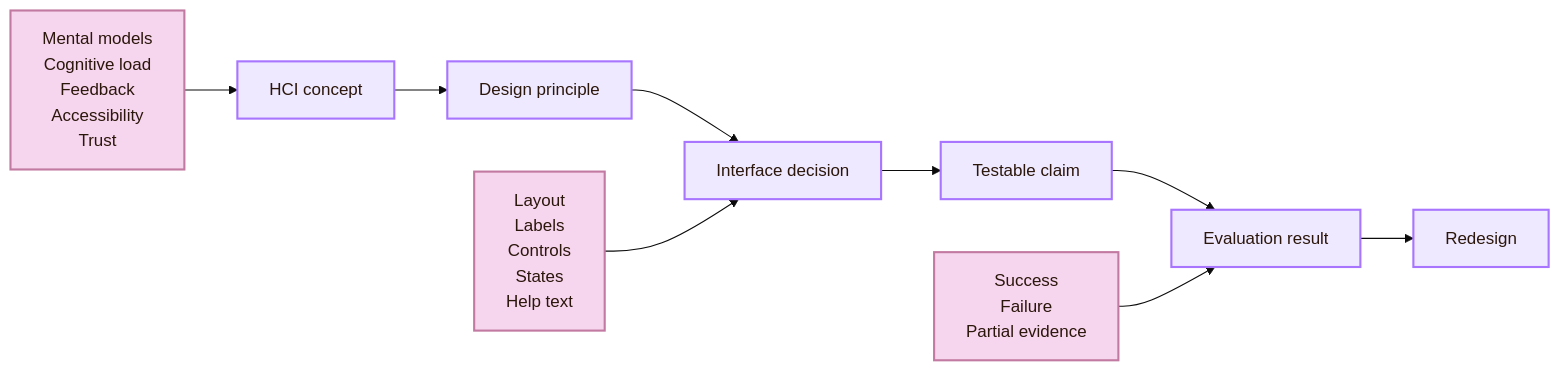
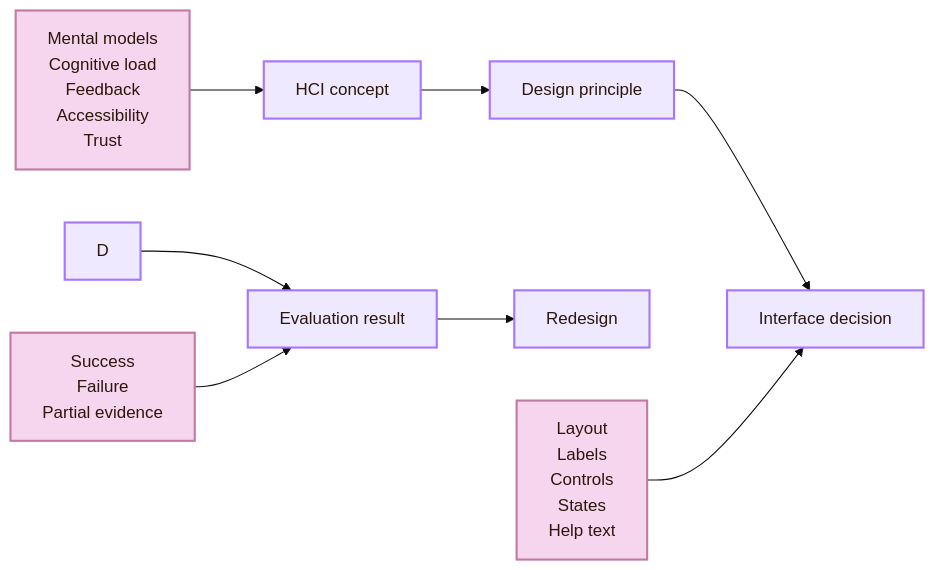
One commit to andreitegzes06-ui/CogniShire changed the third of 12 diagrams in 01_Core_Area_HCI/001_Subareas/01_Understanding_the_User/Activities/Design.md. Above: the diagram before and after it, drawn with Mermaid (base theme). The commit also changed other lines of this file and 131 other files, not shown here.

````diff
--- a/01_Core_Area_HCI/001_Subareas/01_Understanding_the_User/Activities/Design.md
+++ b/01_Core_Area_HCI/001_Subareas/01_Understanding_the_User/Activities/Design.md
@@ -116,19 +114,18 @@
 ```mermaid
 flowchart LR
     A["HCI concept"] --> B["Design principle"]
     B --> C["Interface decision"]
-    C --> D["Testable claim"]
     D --> E["Evaluation result"]
     E --> F["Redesign"]
 
     A1["Mental models<br/>Cognitive load<br/>Feedback<br/>Accessibility<br/>Trust"] --> A
     C1["Layout<br/>Labels<br/>Controls<br/>States<br/>Help text"] --> C
     E1["Success<br/>Failure<br/>Partial evidence"] --> E
 
     classDef center fill:#ddd2ff,stroke:#a875ff,color:#2b160b,stroke-width:3px;
     classDef node fill:#eee9ff,stroke:#a875ff,color:#2b160b,stroke-width:2px;
     classDef detail fill:#f6d6ee,stroke:#c27aa2,color:#2b160b,stroke-width:2px;
 
     class A,B,C,D,E,F node;
     class A1,C1,E1 detail;
 ```
````
